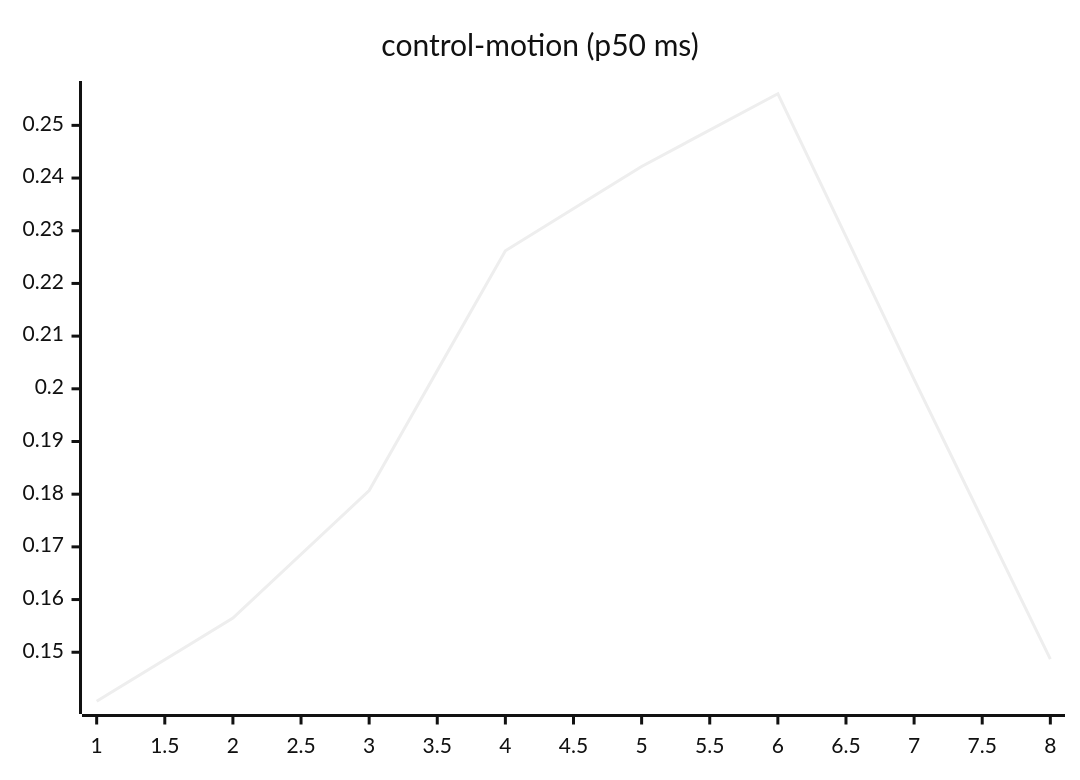
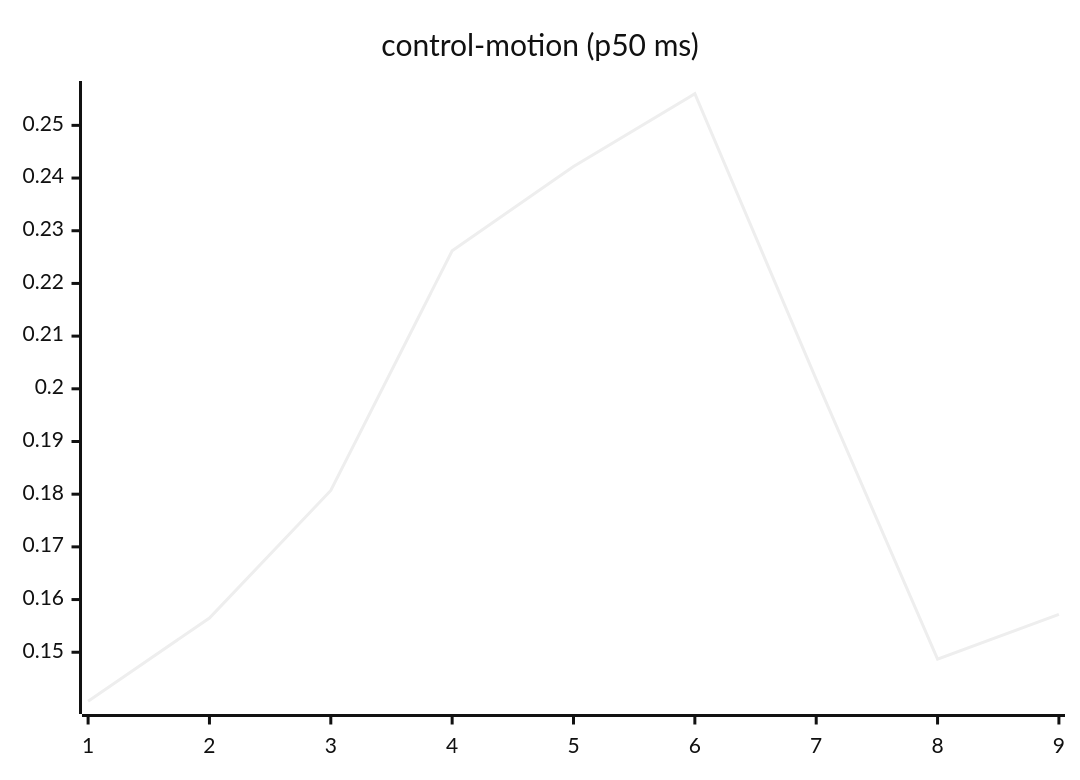
The seventh of 27 diagrams in README.md (josha/Facet), drawn with Mermaid (neutral theme) before and after one commit. The commit also changed other lines of this file and 2 other files, not shown here.

````diff
--- a/README.md
+++ b/README.md
@@ -105,6 +105,6 @@
 ```mermaid
 xychart-beta
     title "control-motion (p50 ms)"
-    x-axis 1 --> 8
-    line [0.1407, 0.1565, 0.1807, 0.2262, 0.2422, 0.2560, 0.2018, 0.1487]
+    x-axis 1 --> 9
+    line [0.1407, 0.1565, 0.1807, 0.2262, 0.2422, 0.2560, 0.2018, 0.1487, 0.1572]
 ```
````
